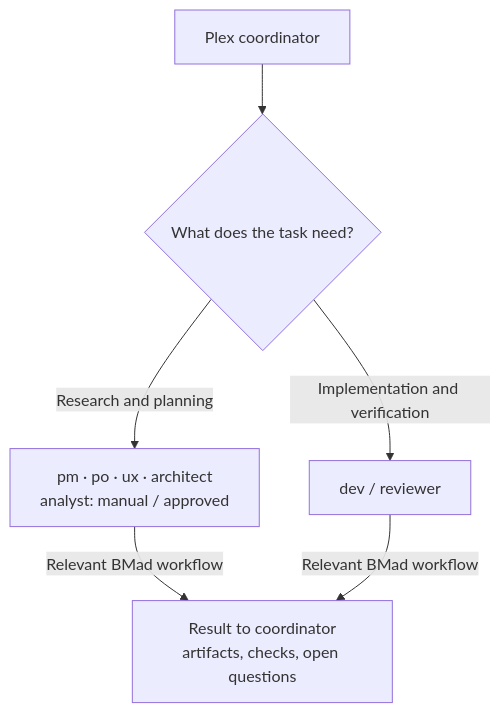
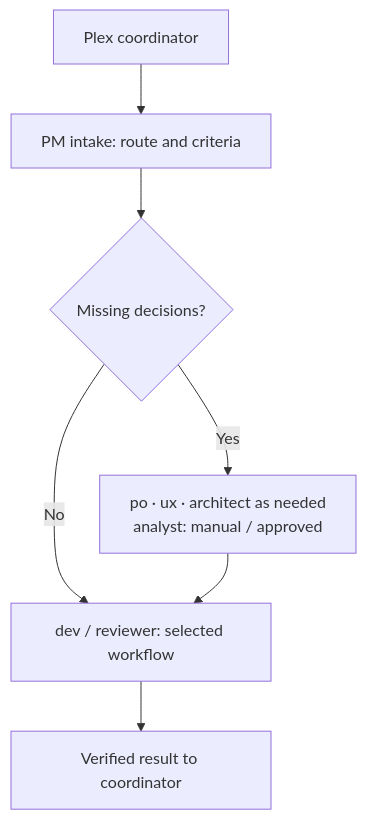
The diagram in teams/bmad/README.md (pnetcloud/plex-ai), drawn with Mermaid before and after one commit. The commit also changed other lines of this file and 43 other files, not shown here.

````diff
--- a/teams/bmad/README.md
+++ b/teams/bmad/README.md
@@ -51,8 +51,9 @@
 ```mermaid
 flowchart TD
-    Root["Plex coordinator"] --> Task{"What does the task need?"}
-    Task -->|"Research and planning"| Planning["pm · po · ux · architect<br/>analyst: manual / approved"]
-    Task -->|"Implementation and verification"| Dev["dev / reviewer"]
-    Planning -->|"Relevant BMad workflow"| Result["Result to coordinator<br/>artifacts, checks, open questions"]
-    Dev -->|"Relevant BMad workflow"| Result
+    Root["Plex coordinator"] --> PM["PM intake: route and criteria"]
+    PM --> Task{"Missing decisions?"}
+    Task -->|Yes| Planning["po · ux · architect as needed<br/>analyst: manual / approved"]
+    Task -->|No| Dev["dev / reviewer: selected workflow"]
+    Planning --> Dev
+    Dev --> Result["Verified result to coordinator"]
 ```
````
